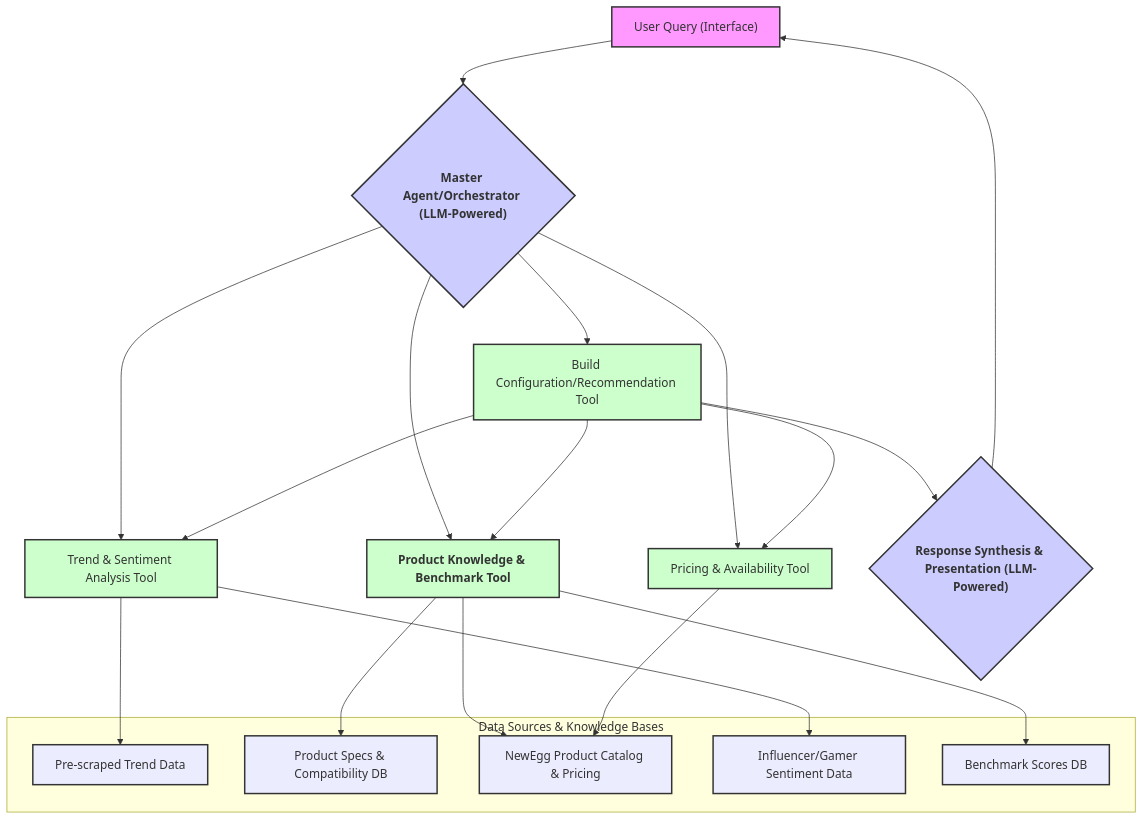
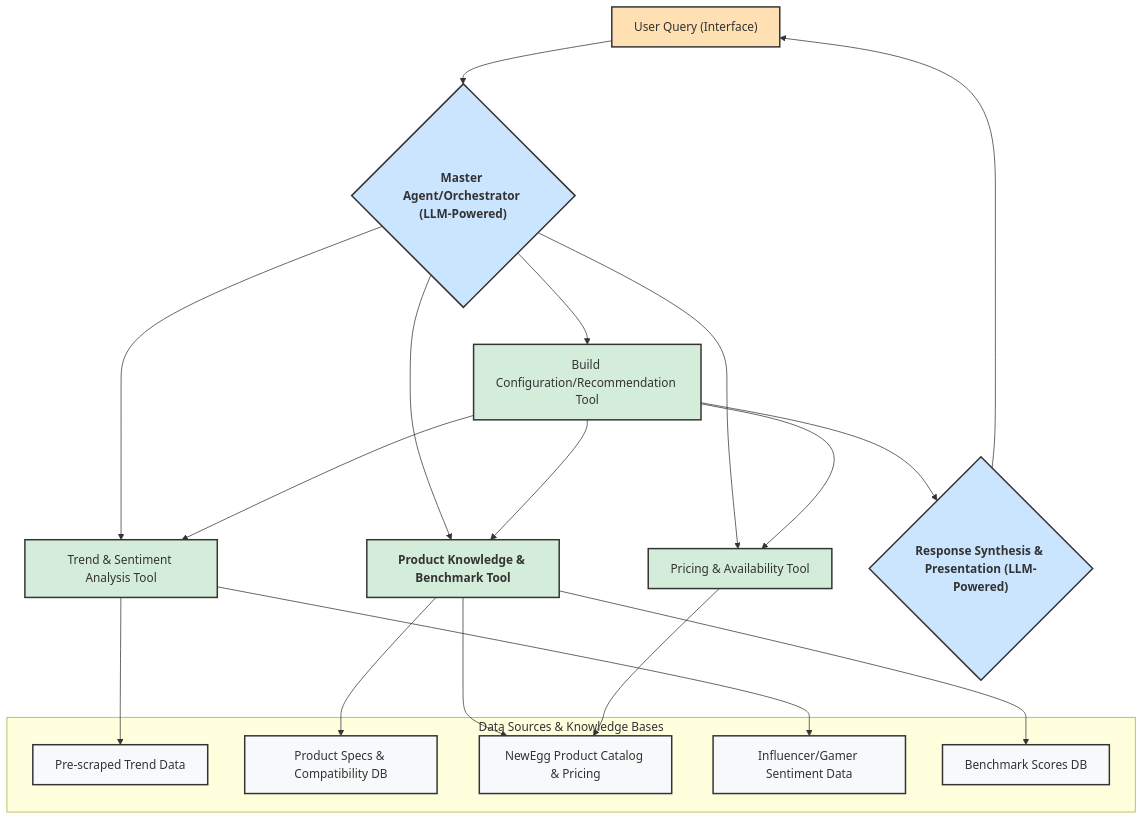
The diagram in README.md (AustinZ21/EggHatch-AI), drawn with Mermaid before and after one commit.

````diff
--- a/README.md
+++ b/README.md
@@ -23,42 +23,42 @@
 ```mermaid
 graph TD
     A["User Query (Interface)"] --> B{"Master Agent/Orchestrator (LLM-Powered)"};
     B --> C["Trend & Sentiment Analysis Tool"];
     B --> D["Product Knowledge & Benchmark Tool"];
     B --> E["Pricing & Availability Tool"];
     B --> F["Build Configuration/Recommendation Tool"];
 
     subgraph "Data Sources & Knowledge Bases"
         G["Pre-scraped Trend Data"]
         H["Product Specs & Compatibility DB"]
         I["NewEgg Product Catalog & Pricing"]
         J["Influencer/Gamer Sentiment Data"]
         JB["Benchmark Scores DB"]
     end
 
     C --> G;
     C --> J;
     D --> H;
     D --> I;
     D --> JB;
     E --> I;
     F --> D;
     F --> E;
     F --> C;
 
     F --> K{"Response Synthesis & Presentation (LLM-Powered)"};
     K --> A;
 
-    style A fill:#f9f,stroke:#333,stroke-width:2px
-    style B fill:#ccf,stroke:#333,stroke-width:2px,font-weight:bold
-    style C fill:#cfc,stroke:#333,stroke-width:2px
-    style D fill:#cfc,stroke:#333,stroke-width:2px,font-weight:bold
-    style E fill:#cfc,stroke:#333,stroke-width:2px
-    style F fill:#cfc,stroke:#333,stroke-width:2px
-    style G fill:#lightgrey,stroke:#333,stroke-width:2px
-    style H fill:#lightgrey,stroke:#333,stroke-width:2px
-    style I fill:#lightgrey,stroke:#333,stroke-width:2px
-    style J fill:#lightgrey,stroke:#333,stroke-width:2px
-    style JB fill:#lightgrey,stroke:#333,stroke-width:2px
-    style K fill:#ccf,stroke:#333,stroke-width:2px,font-weight:bold
+    style A fill:#ffe0b2,stroke:#333,stroke-width:2px
+    style B fill:#cce5ff,stroke:#333,stroke-width:2px,font-weight:bold
+    style C fill:#d4edda,stroke:#333,stroke-width:2px
+    style D fill:#d4edda,stroke:#333,stroke-width:2px,font-weight:bold
+    style E fill:#d4edda,stroke:#333,stroke-width:2px
+    style F fill:#d4edda,stroke:#333,stroke-width:2px
+    style G fill:#f8f9fa,stroke:#333,stroke-width:2px
+    style H fill:#f8f9fa,stroke:#333,stroke-width:2px
+    style I fill:#f8f9fa,stroke:#333,stroke-width:2px
+    style J fill:#f8f9fa,stroke:#333,stroke-width:2px
+    style JB fill:#f8f9fa,stroke:#333,stroke-width:2px
+    style K fill:#cce5ff,stroke:#333,stroke-width:2px,font-weight:bold
 ```
````
